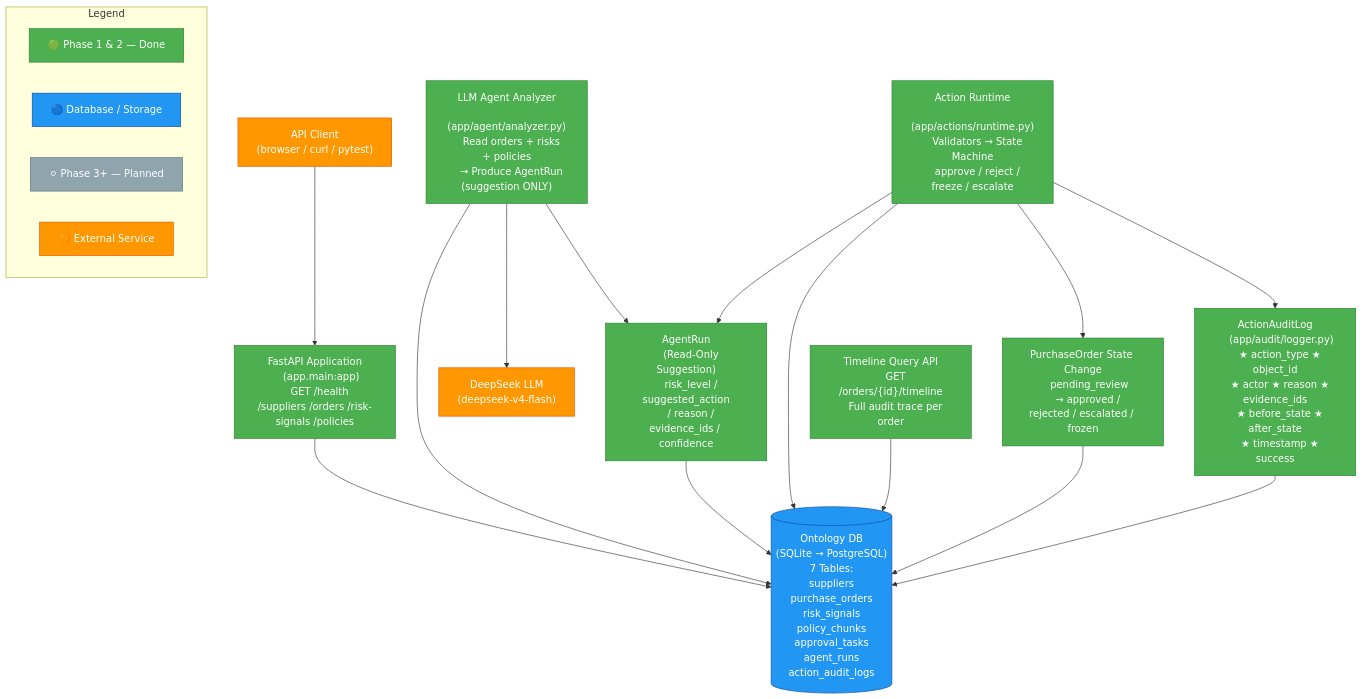
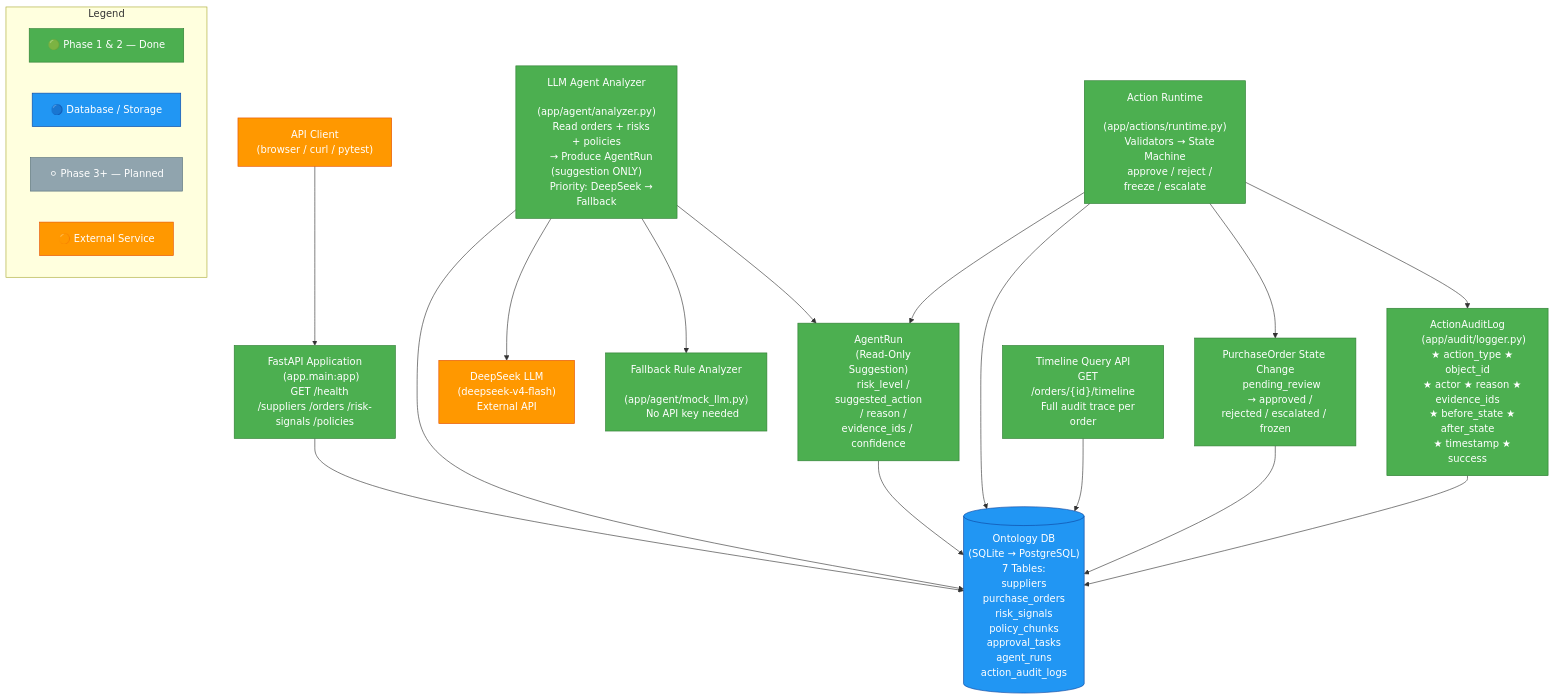
Before and after one commit to k2ct/mini-foundry-ontology-runtime: the diagram in docs/architecture_diagram.md, drawn with Mermaid. The commit also changed other lines of this file and 3 other files, not shown here.

First line of the commit message:
docs: update README and docs for DeepSeek LLM integration clarity

```diff
--- a/docs/architecture_diagram.md
+++ b/docs/architecture_diagram.md
@@ -20,8 +20,14 @@
     class Client external
 
     DeepSeek["DeepSeek LLM
-    (deepseek-v4-flash)"]
+    (deepseek-v4-flash)
+    External API"]
     class DeepSeek external
+
+    FallbackAnalyzer["Fallback Rule Analyzer
+    (app/agent/mock_llm.py)
+    No API key needed"]
+    class FallbackAnalyzer done
 
     %% ── FastAPI Layer ─────────────────────────────────────────────────
     FastAPI["FastAPI Application
@@ -46,7 +52,8 @@
     AgentAnalyzer["LLM Agent Analyzer
     (app/agent/analyzer.py)
     Read orders + risks + policies
-    → Produce AgentRun (suggestion ONLY)"]
+    → Produce AgentRun (suggestion ONLY)
+    Priority: DeepSeek → Fallback"]
     class AgentAnalyzer done
 
     %% ── AgentRun ─────────────────────────────────────────────────────
@@ -90,6 +97,7 @@
 
     AgentAnalyzer --> OntologyDB
     AgentAnalyzer --> DeepSeek
+    AgentAnalyzer --> FallbackAnalyzer
     AgentAnalyzer --> AgentRunRecord
     AgentRunRecord --> OntologyDB
 
```
